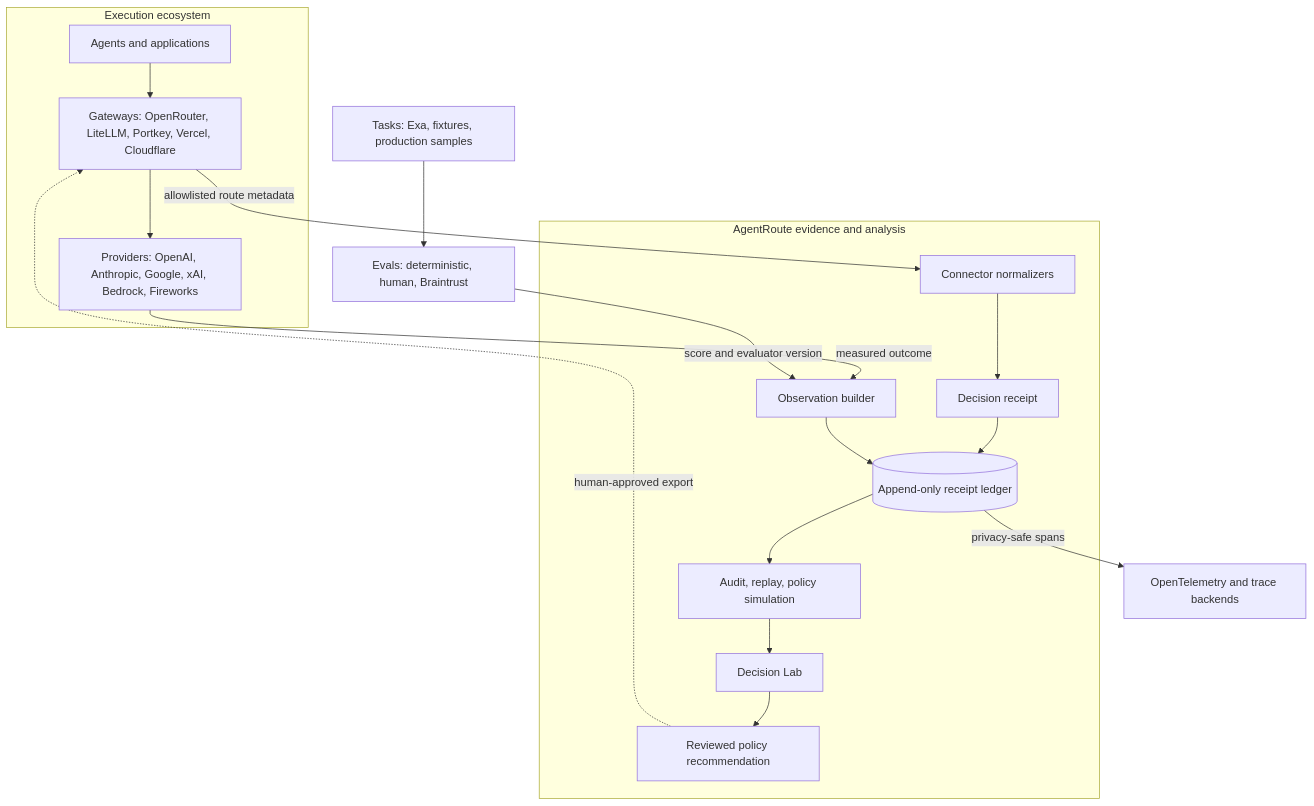
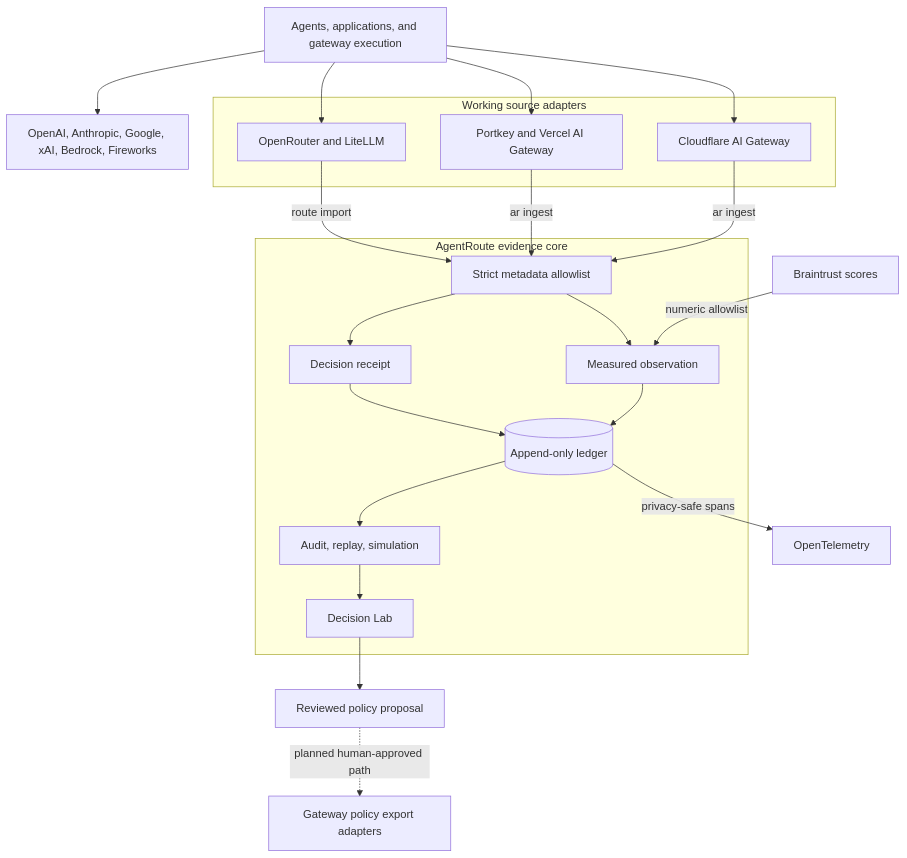
One commit to abhid1234/AgentRoute changed the diagram in diagrams/agentroute-integration-plane.mmd. Above: the diagram before and after it, drawn with Mermaid. The commit also changed 17 other files, not shown here.

Commit message:
feat: add vendor gateway ingest adapters

```diff
--- a/diagrams/agentroute-integration-plane.mmd
+++ b/diagrams/agentroute-integration-plane.mmd
@@ -1,22 +1,29 @@
 flowchart TB
-  subgraph execution[Execution ecosystem]
-    APP[Agents and applications] --> GW[Gateways: OpenRouter, LiteLLM, Portkey, Vercel, Cloudflare]
-    GW --> PROVIDERS[Providers: OpenAI, Anthropic, Google, xAI, Bedrock, Fireworks]
+  APP[Agents, applications, and gateway execution] --> PROVIDERS[OpenAI, Anthropic, Google, xAI, Bedrock, Fireworks]
+
+  subgraph sources[Working source adapters]
+    ROUTERS[OpenRouter and LiteLLM]
+    CONTROL[Portkey and Vercel AI Gateway]
+    EDGE[Cloudflare AI Gateway]
   end
 
-  GW -->|allowlisted route metadata| NORMALIZE[Connector normalizers]
-  PROVIDERS -->|measured outcome| OBSERVE[Observation builder]
+  APP --> ROUTERS
+  APP --> CONTROL
+  APP --> EDGE
+  ROUTERS -->|route import| ALLOW[Strict metadata allowlist]
+  CONTROL -->|ar ingest| ALLOW
+  EDGE -->|ar ingest| ALLOW
+  BRAIN[Braintrust scores] -->|numeric allowlist| OBSERVE
 
-  subgraph agentroute[AgentRoute evidence and analysis]
-    NORMALIZE --> DECISION[Decision receipt]
-    DECISION --> LEDGER[(Append-only receipt ledger)]
+  subgraph core[AgentRoute evidence core]
+    ALLOW --> DECISION[Decision receipt]
+    ALLOW --> OBSERVE[Measured observation]
+    DECISION --> LEDGER[(Append-only ledger)]
     OBSERVE --> LEDGER
-    LEDGER --> ANALYZE[Audit, replay, policy simulation]
+    LEDGER --> ANALYZE[Audit, replay, simulation]
     ANALYZE --> LAB[Decision Lab]
-    LAB --> POLICY[Reviewed policy recommendation]
   end
 
-  TASKS[Tasks: Exa, fixtures, production samples] --> EVAL[Evals: deterministic, human, Braintrust]
-  EVAL -->|score and evaluator version| OBSERVE
-  LEDGER -->|privacy-safe spans| OTEL[OpenTelemetry and trace backends]
-  POLICY -. human-approved export .-> GW
+  LEDGER -->|privacy-safe spans| OTEL[OpenTelemetry]
+  LAB --> POLICY[Reviewed policy proposal]
+  POLICY -. planned human-approved path .-> EXPORT[Gateway policy export adapters]
```
